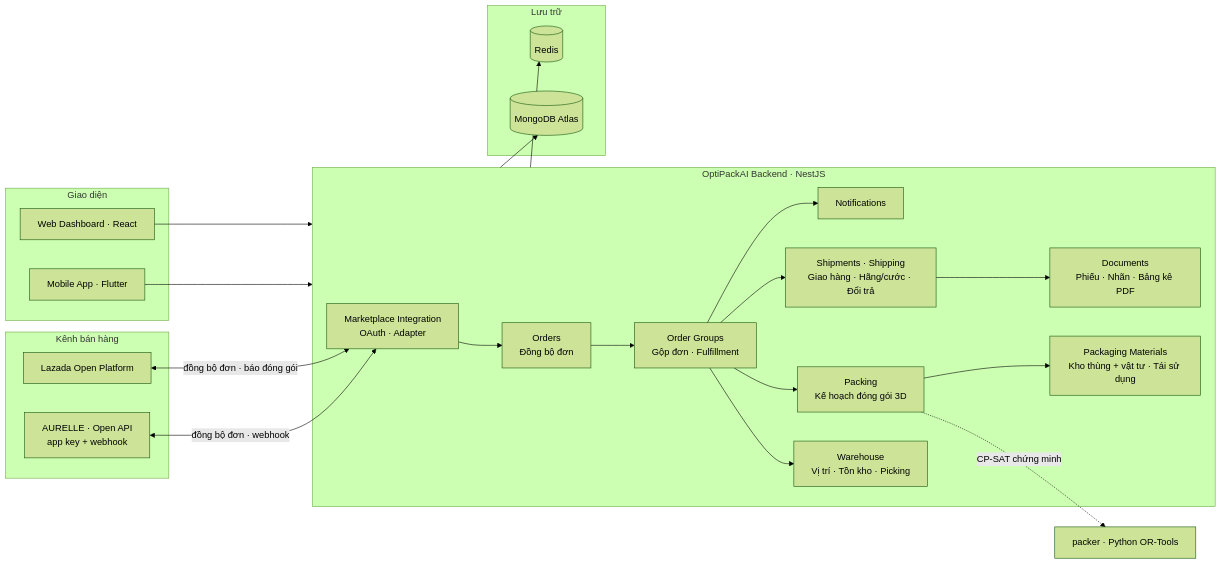
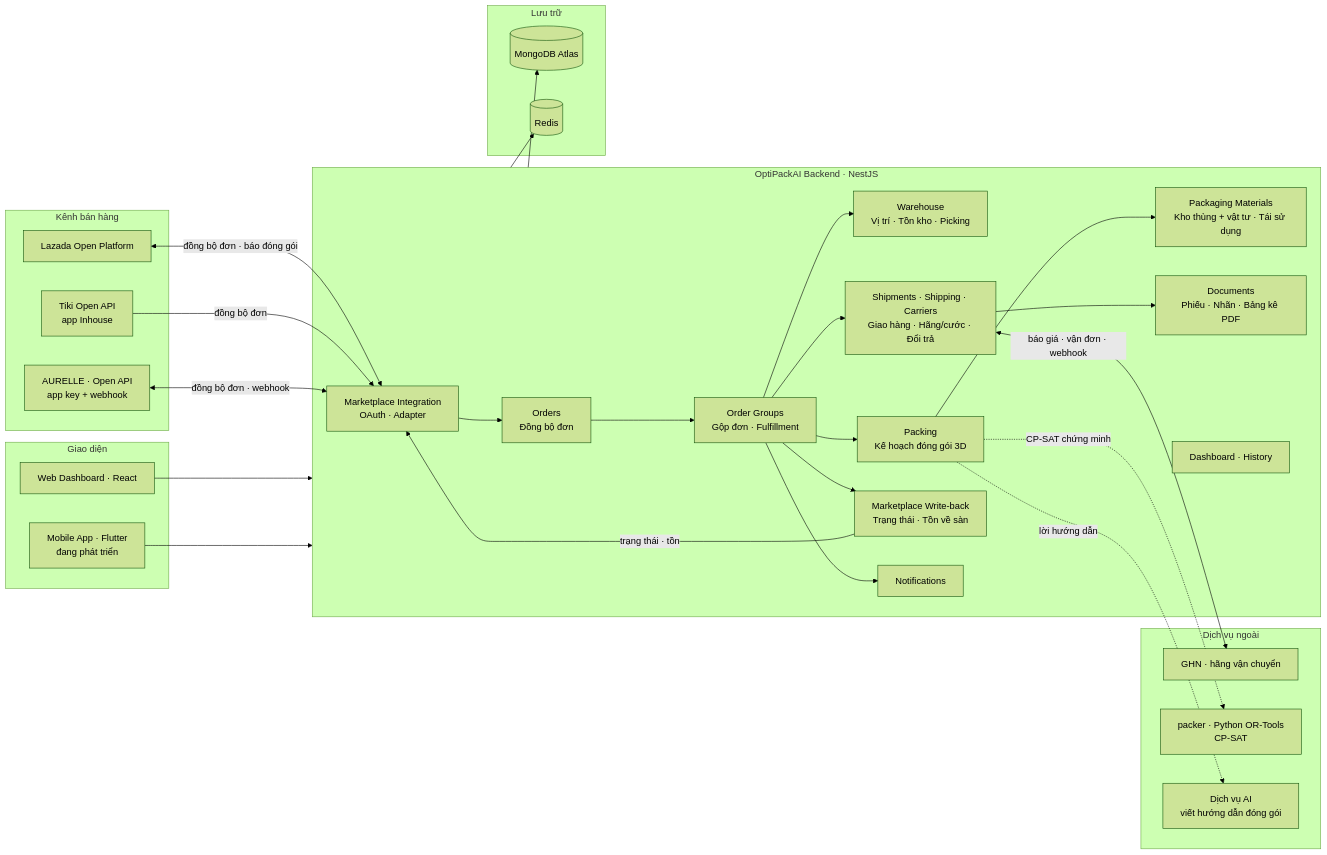
The first of 2 diagrams in README.md (ThuaanNguyeen111/OptiPackAI), drawn with Mermaid (forest theme) before and after one commit. The commit also changed other lines of this file, not shown here.

Commit message:
docs(AOFP-255): add tiki, ghn, mobile app and new be modules to readme

````diff
--- a/README.md
+++ b/README.md
@@ -62,42 +63,55 @@
 ```mermaid
 flowchart LR
     subgraph Channels["Kênh bán hàng"]
         LZ[Lazada Open Platform]
+        TK[Tiki Open API<br/>app Inhouse]
         AU[AURELLE · Open API<br/>app key + webhook]
+    end
+
+    subgraph External["Dịch vụ ngoài"]
+        GHN[GHN · hãng vận chuyển]
+        PKR[packer · Python OR-Tools<br/>CP-SAT]
+        AI[Dịch vụ AI<br/>viết hướng dẫn đóng gói]
     end
 
     subgraph Backend["OptiPackAI Backend · NestJS"]
         MI[Marketplace Integration<br/>OAuth · Adapter]
         OR[Orders<br/>Đồng bộ đơn]
         OG[Order Groups<br/>Gộp đơn · Fulfillment]
         WH[Warehouse<br/>Vị trí · Tồn kho · Picking]
         PK[Packing<br/>Kế hoạch đóng gói 3D]
         PM[Packaging Materials<br/>Kho thùng + vật tư · Tái sử dụng]
-        SH[Shipments · Shipping<br/>Giao hàng · Hãng/cước · Đổi trả]
+        SH[Shipments · Shipping · Carriers<br/>Giao hàng · Hãng/cước · Đổi trả]
+        WB[Marketplace Write-back<br/>Trạng thái · Tồn về sàn]
         DOC[Documents<br/>Phiếu · Nhãn · Bảng kê PDF]
         NT[Notifications]
+        DH[Dashboard · History]
     end
 
     subgraph Data["Lưu trữ"]
         DB[(MongoDB Atlas)]
         RD[(Redis)]
     end
 
     subgraph Clients["Giao diện"]
         WEB[Web Dashboard · React]
-        APP[Mobile App · Flutter]
+        APP[Mobile App · Flutter<br/>đang phát triển]
     end
 
     LZ <-->|đồng bộ đơn · báo đóng gói| MI
+    TK -->|đồng bộ đơn| MI
     AU <-->|đồng bộ đơn · webhook| MI
-    PK -.->|CP-SAT chứng minh| PKR[packer · Python OR-Tools]
+    PK -.->|CP-SAT chứng minh| PKR
+    PK -.->|lời hướng dẫn| AI
+    SH <-->|báo giá · vận đơn · webhook| GHN
     MI --> OR --> OG
     OG --> WH
     OG --> PK --> PM
     OG --> SH --> DOC
     OG --> NT
+    OG --> WB -->|trạng thái · tồn| MI
     Backend --> DB
     Backend --> RD
     WEB --> Backend
     APP --> Backend
 ```
````
